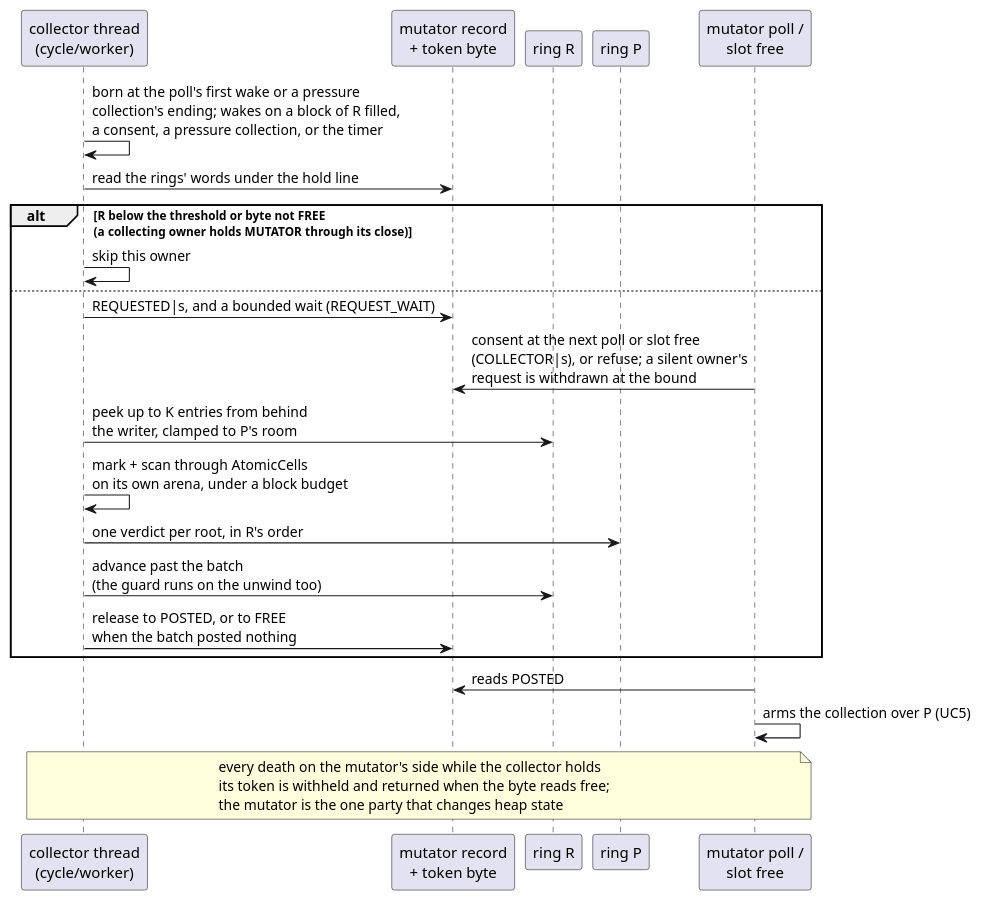
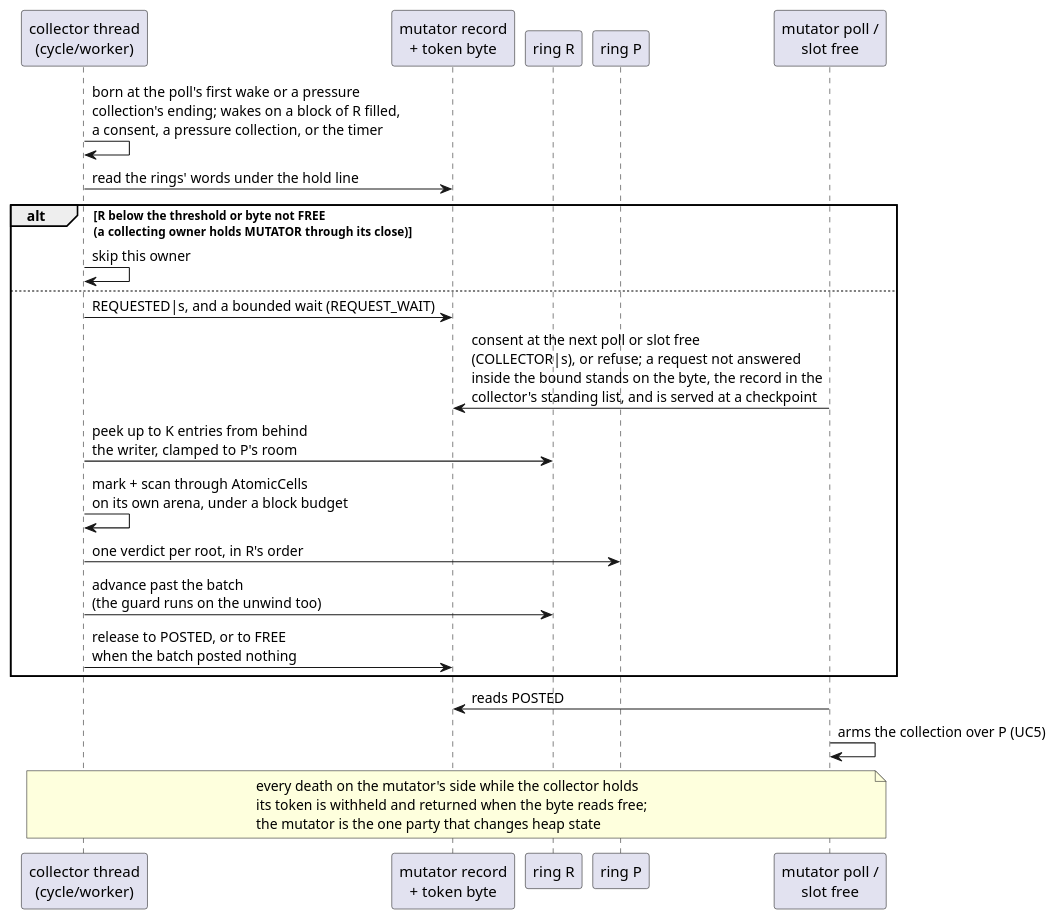
One commit to limelight-lang/model changed the eighth of 8 diagrams in docs/architecture.md. Above: the diagram before and after it, drawn with PlantUML. The commit also changed 12 other files, not shown here.

````diff
--- a/docs/architecture.md
+++ b/docs/architecture.md
@@ -456,27 +456,27 @@
 ```plantuml
 @startuml
 skinparam shadowing false
 participant "collector thread\n(cycle/worker)" as worker
 participant "mutator record\n+ token byte" as token
 participant "ring R" as R
 participant "ring P" as P
 participant "mutator poll /\nslot free" as mutator
 
 worker -> worker : born at the poll's first wake or a pressure\ncollection's ending; wakes on a block of R filled,\na consent, a pressure collection, or the timer
 worker -> token : read the rings' words under the hold line
 alt R below the threshold or byte not FREE\n(a collecting owner holds MUTATOR through its close)
   worker -> worker : skip this owner
 else
   worker -> token : REQUESTED|s, and a bounded wait (REQUEST_WAIT)
-  mutator -> token : consent at the next poll or slot free\n(COLLECTOR|s), or refuse; a silent owner's\nrequest is withdrawn at the bound
+  mutator -> token : consent at the next poll or slot free\n(COLLECTOR|s), or refuse; a request not answered\ninside the bound stands on the byte, the record in the\ncollector's standing list, and is served at a checkpoint
   worker -> R : peek up to K entries from behind\nthe writer, clamped to P's room
   worker -> worker : mark + scan through AtomicCells\non its own arena, under a block budget
   worker -> P : one verdict per root, in R's order
   worker -> R : advance past the batch\n(the guard runs on the unwind too)
   worker -> token : release to POSTED, or to FREE\nwhen the batch posted nothing
 end
 mutator -> token : reads POSTED
 mutator -> mutator : arms the collection over P (UC5)
 note over worker, mutator : every death on the mutator's side while the collector holds\nits token is withheld and returned when the byte reads free;\nthe mutator is the one party that changes heap state
 @enduml
 ```
````
